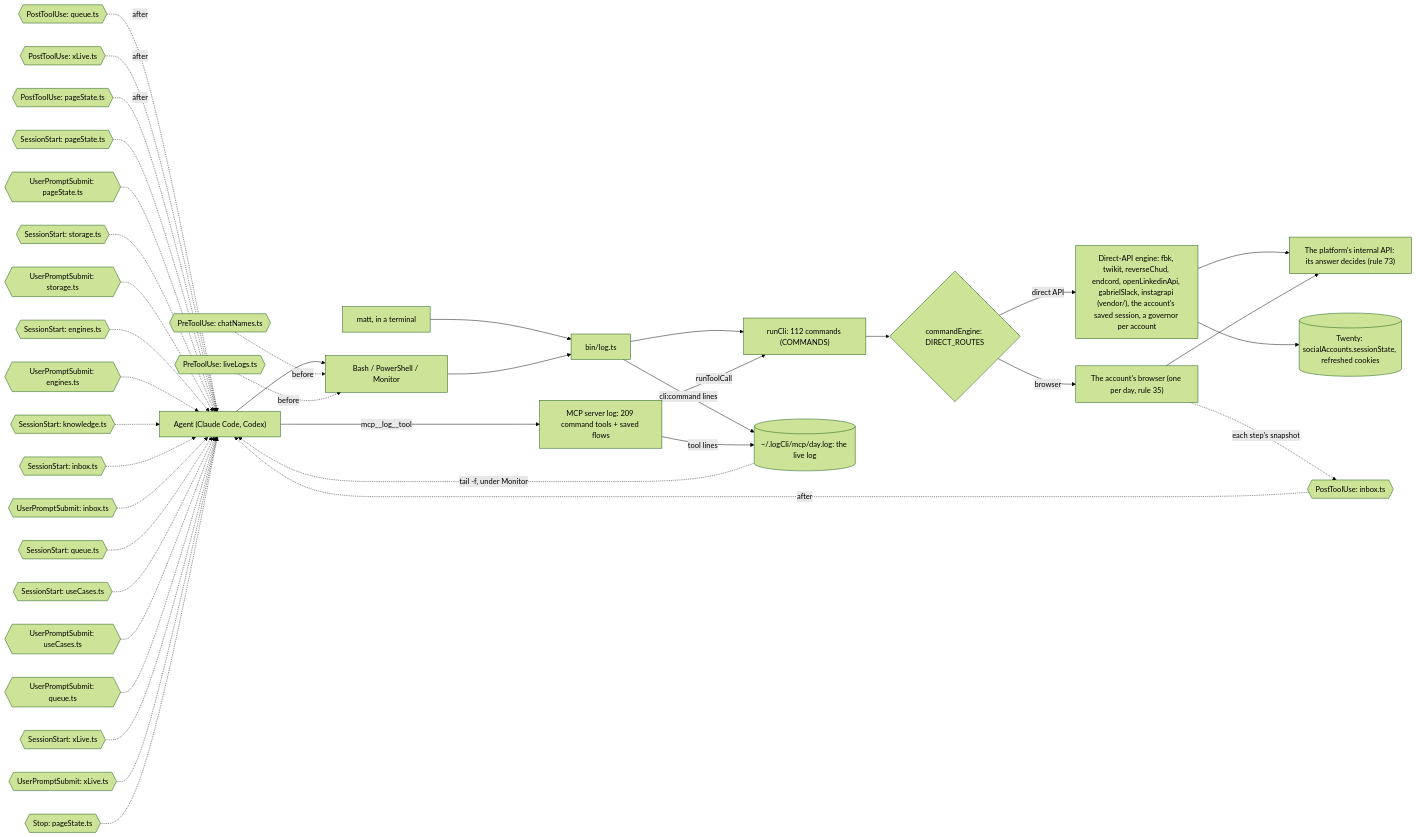
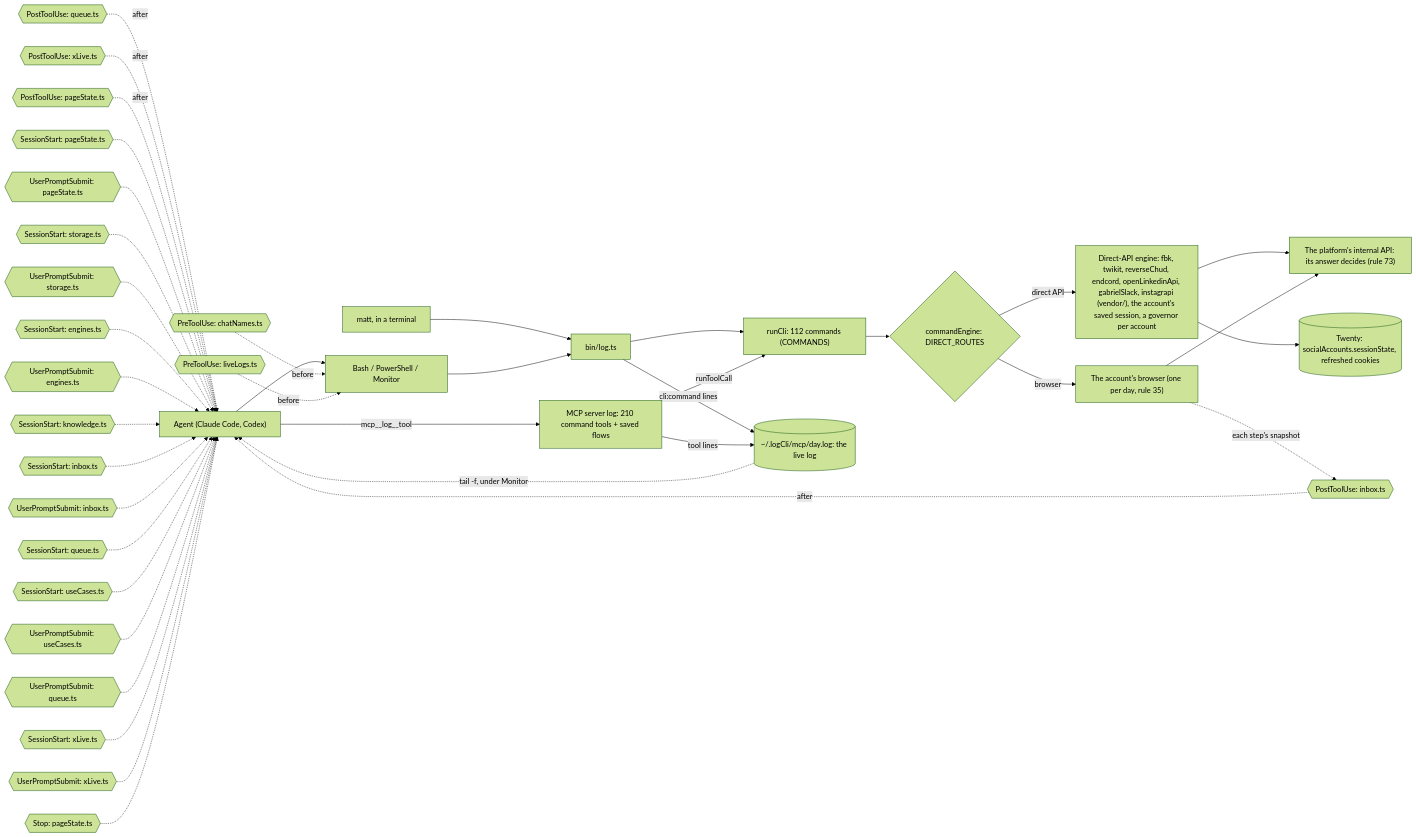
Before and after one commit to matthewdonsemail-lab/log: the third of 6 diagrams in docs/reference.md, drawn with Mermaid (forest theme). The commit also changed other lines of this file and 69 other files, not shown here.

````diff
--- a/docs/reference.md
+++ b/docs/reference.md
@@ -195,53 +195,53 @@
 ```mermaid
 flowchart LR
   agent["Agent (Claude Code, Codex)"]
   matt["matt, in a terminal"]
   shell["Bash / PowerShell / Monitor"]
-  mcp["MCP server log: 209 command tools + saved flows"]
+  mcp["MCP server log: 210 command tools + saved flows"]
   bin["bin/log.ts"]
   runCli["runCli: 112 commands (COMMANDS)"]
   live[("~/.logCli/mcp/day.log: the live log")]
   engine{"commandEngine: DIRECT_ROUTES"}
   direct["Direct-API engine: fbk, twikit, reverseChud, endcord, openLinkedinApi, gabrielSlack, instagrapi (vendor/), the account's saved session, a governor per account"]
   browser["The account's browser (one per day, rule 35)"]
   api["The platform's internal API: its answer decides (rule 73)"]
   twenty[("Twenty: socialAccounts.sessionState, refreshed cookies")]
   agent --> shell
   matt --> bin
   shell --> bin
   agent -->|mcp__log__tool| mcp
   bin --> runCli
   mcp -->|runToolCall| runCli
   runCli --> engine
   engine -->|direct API| direct
   engine -->|browser| browser
   direct --> api
   browser --> api
   direct --> twenty
   bin -->|cli:command lines| live
   mcp -->|tool lines| live
   live -.->|tail -f, under Monitor| agent
   pre0{{"PreToolUse: chatNames.ts"}} -.->|before| shell
   pre1{{"PreToolUse: liveLogs.ts"}} -.->|before| shell
   post0{{"PostToolUse: inbox.ts"}} -.->|after| agent
   post1{{"PostToolUse: queue.ts"}} -.->|after| agent
   post2{{"PostToolUse: xLive.ts"}} -.->|after| agent
   post3{{"PostToolUse: pageState.ts"}} -.->|after| agent
   turn0{{"SessionStart: pageState.ts"}} -.-> agent
   turn1{{"UserPromptSubmit: pageState.ts"}} -.-> agent
   turn2{{"SessionStart: storage.ts"}} -.-> agent
   turn3{{"UserPromptSubmit: storage.ts"}} -.-> agent
   turn4{{"SessionStart: engines.ts"}} -.-> agent
   turn5{{"UserPromptSubmit: engines.ts"}} -.-> agent
   turn6{{"SessionStart: knowledge.ts"}} -.-> agent
   turn7{{"SessionStart: inbox.ts"}} -.-> agent
   turn8{{"UserPromptSubmit: inbox.ts"}} -.-> agent
   turn9{{"SessionStart: queue.ts"}} -.-> agent
   turn10{{"SessionStart: useCases.ts"}} -.-> agent
   turn11{{"UserPromptSubmit: useCases.ts"}} -.-> agent
   turn12{{"UserPromptSubmit: queue.ts"}} -.-> agent
   turn13{{"SessionStart: xLive.ts"}} -.-> agent
   turn14{{"UserPromptSubmit: xLive.ts"}} -.-> agent
   turn15{{"Stop: pageState.ts"}} -.-> agent
   browser -.->|each step's snapshot| post0
 ```
````
